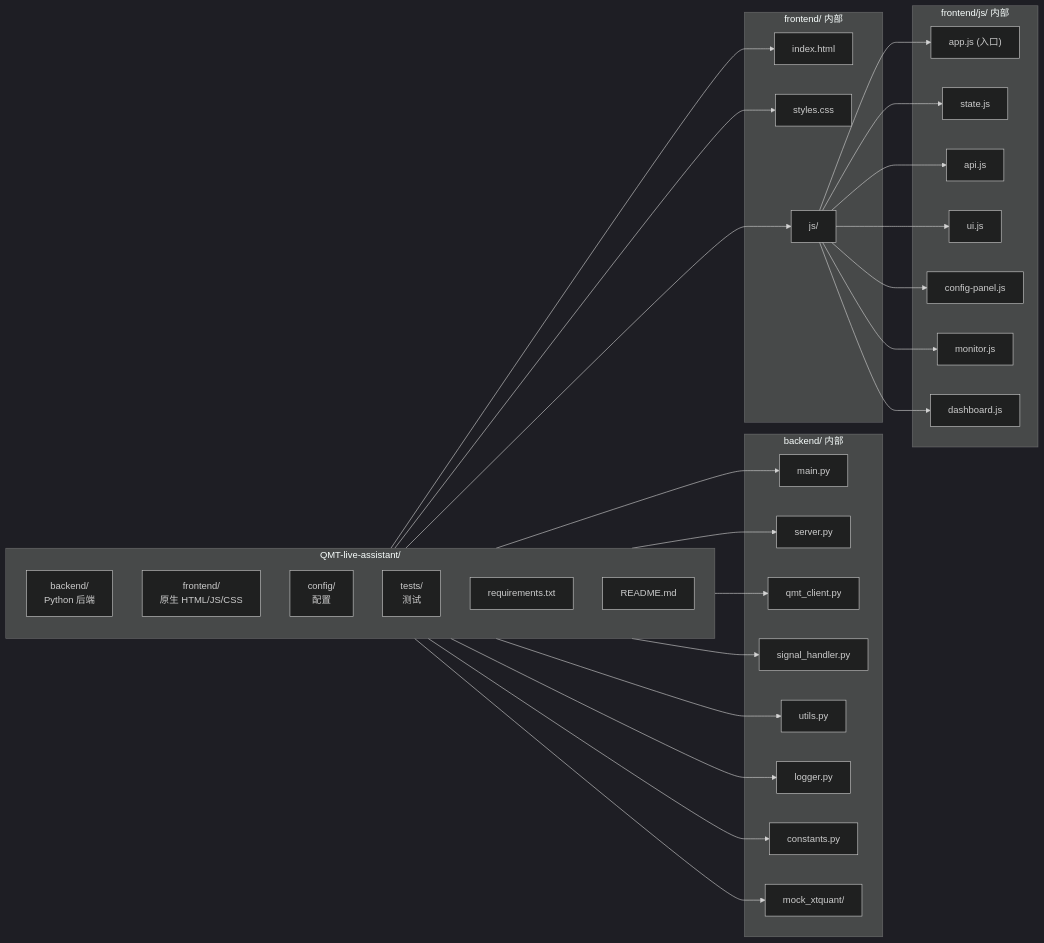
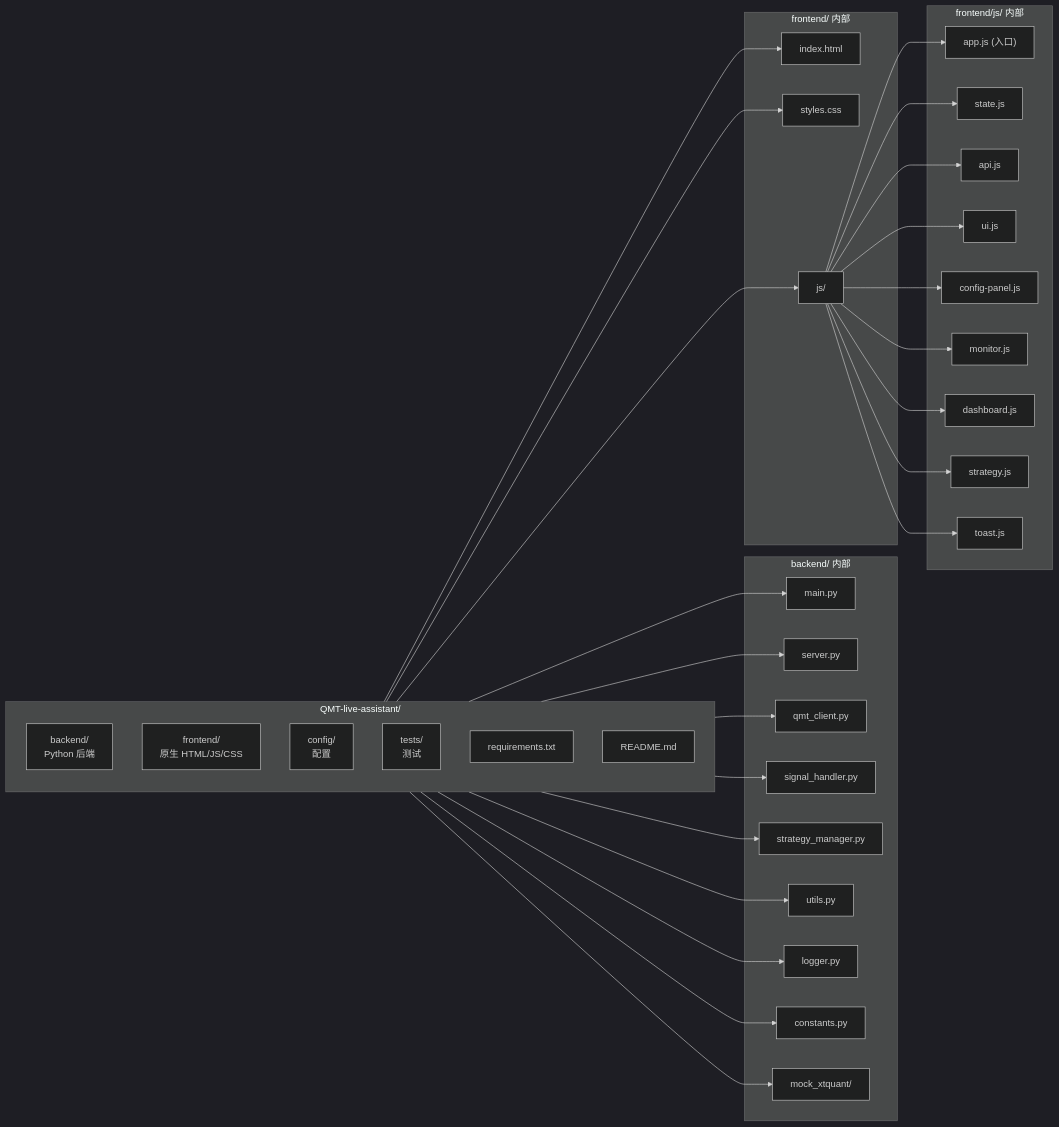
Before and after one commit to Dada-liu/QMT-Live-Assistant: the second of 5 diagrams in IMPLEMENTATION_PLAN.md, drawn with Mermaid (dark theme). The commit also changed other lines of this file and 16 other files, not shown here.

````diff
--- a/IMPLEMENTATION_PLAN.md
+++ b/IMPLEMENTATION_PLAN.md
@@ -83,43 +91,46 @@
 ```mermaid
 graph LR
     subgraph ROOT["QMT-live-assistant/"]
         direction TB
         BE["backend/<br/>Python 后端"]
         FE["frontend/<br/>原生 HTML/JS/CSS"]
         CFG_DIR["config/<br/>配置"]
         TEST["tests/<br/>测试"]
         REQ["requirements.txt"]
         README["README.md"]
     end
 
     subgraph "backend/ 内部"
         MAIN2["main.py"]
         SVR2["server.py"]
         CLIENT2["qmt_client.py"]
         SIG2["signal_handler.py"]
+        STRAT2["strategy_manager.py"]
         UTILS2["utils.py"]
         LOG2["logger.py"]
         CONST2["constants.py"]
         MOCK["mock_xtquant/"]
     end
 
     subgraph "frontend/ 内部"
         HTML2["index.html"]
         CSS["styles.css"]
         JS_DIR["js/"]
     end
 
     subgraph "frontend/js/ 内部"
         APP_JS["app.js (入口)"]
         STATE_JS["state.js"]
         API_JS["api.js"]
         UI_JS["ui.js"]
         CFG_JS["config-panel.js"]
         MON_JS2["monitor.js"]
         DASH_JS2["dashboard.js"]
+        STRAT_JS["strategy.js"]
+        TOAST["toast.js"]
     end
 
-    BE --> MAIN2 & SVR2 & CLIENT2 & SIG2 & UTILS2 & LOG2 & CONST2 & MOCK
+    BE --> MAIN2 & SVR2 & CLIENT2 & SIG2 & STRAT2 & UTILS2 & LOG2 & CONST2 & MOCK
     FE --> HTML2 & CSS & JS_DIR
-    JS_DIR --> APP_JS & STATE_JS & API_JS & UI_JS & CFG_JS & MON_JS2 & DASH_JS2
+    JS_DIR --> APP_JS & STATE_JS & API_JS & UI_JS & CFG_JS & MON_JS2 & DASH_JS2 & STRAT_JS & TOAST
 ```
````
